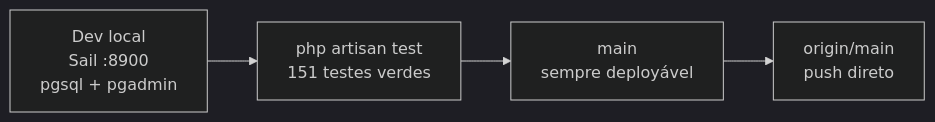
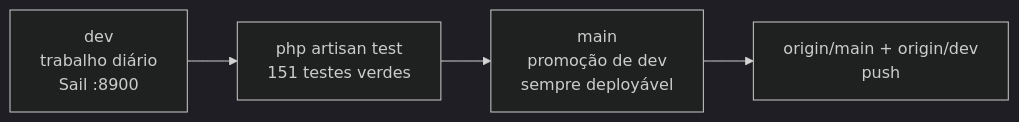
The third of 3 diagrams in docs/MAPA.md (nandinhos/gacpac-ti), drawn with Mermaid (dark theme) before and after one commit. The commit also changed 4 other files, not shown here.

First line of the commit message:
chore (padrao): alinha esteira a context-mode + graphify + CEH

````diff
--- a/docs/MAPA.md
+++ b/docs/MAPA.md
@@ -54,6 +54,6 @@
 ```mermaid
 flowchart LR
-    DEV["Dev local<br/>Sail :8900<br/>pgsql + pgadmin"] --> TEST["php artisan test<br/>151 testes verdes"]
-    TEST --> MAIN["main<br/>sempre deployável"]
-    MAIN --> ORIGIN["origin/main<br/>push direto"]
+    DEV["dev<br/>trabalho diário<br/>Sail :8900"] --> TEST["php artisan test<br/>151 testes verdes"]
+    TEST --> MAIN["main<br/>promoção de dev<br/>sempre deployável"]
+    MAIN --> ORIGIN["origin/main + origin/dev<br/>push"]
 ```
````
